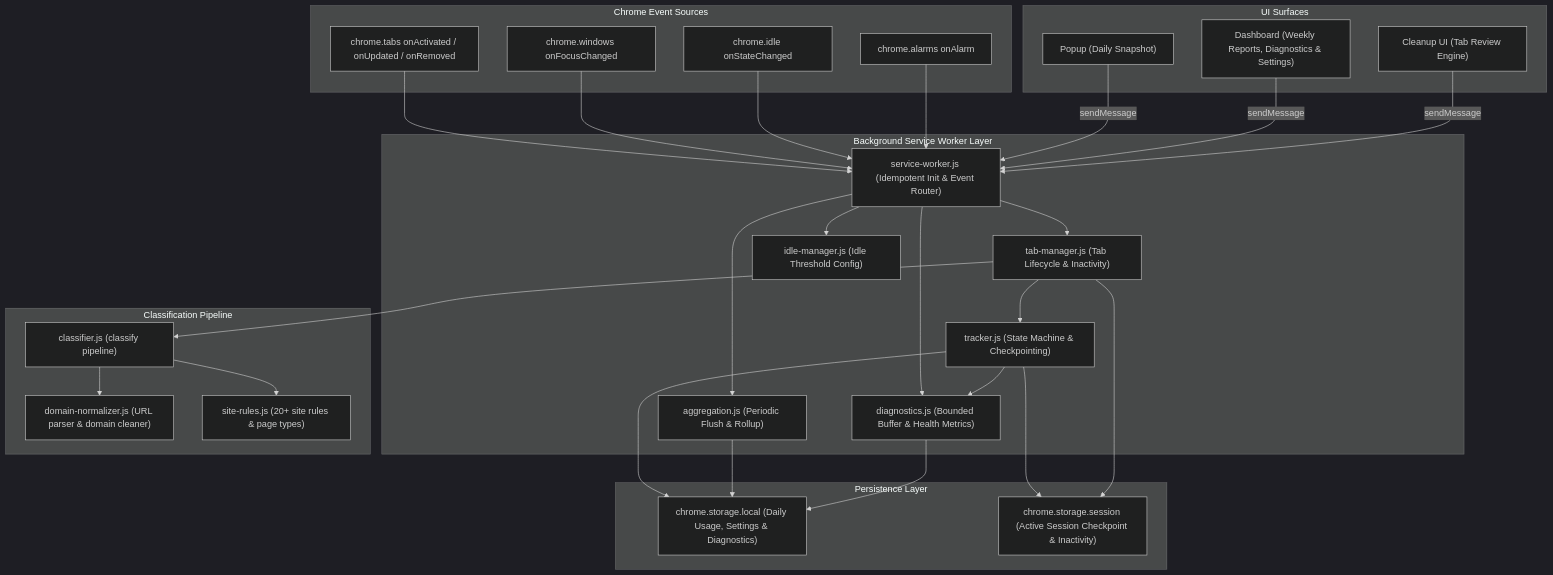
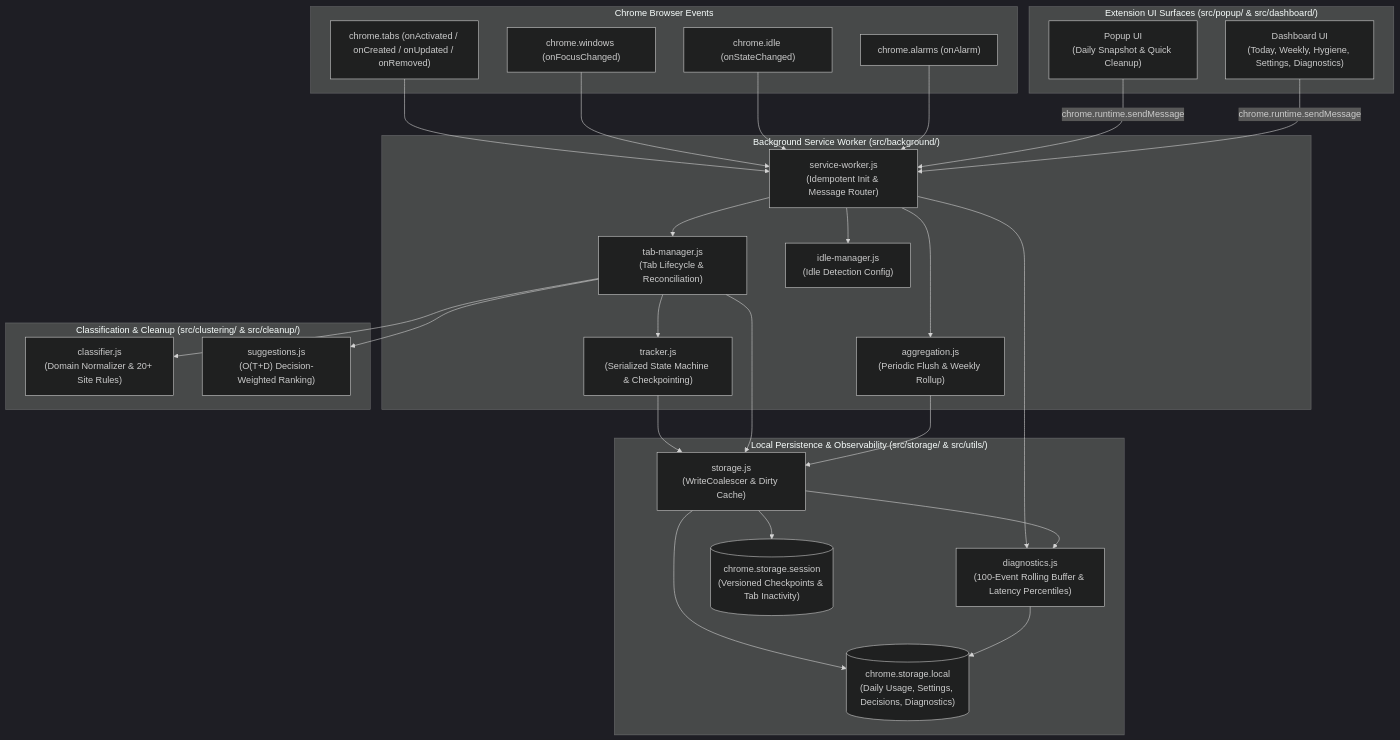
One commit to Bhavadharani412/Web-Usage-Tracker changed the first of 2 diagrams in README.md. Above: the diagram before and after it, drawn with Mermaid (dark theme). The commit also changed other lines of this file and 5 other files, not shown here.

Commit message:
fix(ci,docs): stabilize Playwright browser launch, socket cleanup, and refresh README

````diff
--- a/README.md
+++ b/README.md
@@ -166,61 +48,59 @@
 ```mermaid
-graph TD
-    subgraph BrowserEvents["Chrome Event Sources"]
-        BE_Tabs["chrome.tabs onActivated / onUpdated / onRemoved"]
-        BE_Win["chrome.windows onFocusChanged"]
-        BE_Idle["chrome.idle onStateChanged"]
-        BE_Alarm["chrome.alarms onAlarm"]
+flowchart TD
+    subgraph BrowserEvents["Chrome Browser Events"]
+        E_Tabs["chrome.tabs (onActivated / onCreated / onUpdated / onRemoved)"]
+        E_Win["chrome.windows (onFocusChanged)"]
+        E_Idle["chrome.idle (onStateChanged)"]
+        E_Alarm["chrome.alarms (onAlarm)"]
     end
 
-    subgraph ServiceWorkerLayer["Background Service Worker Layer"]
-        SW["service-worker.js (Idempotent Init & Event Router)"]
-        TM["tab-manager.js (Tab Lifecycle & Inactivity)"]
-        TR["tracker.js (State Machine & Checkpointing)"]
-        IM["idle-manager.js (Idle Threshold Config)"]
-        AG["aggregation.js (Periodic Flush & Rollup)"]
-        DIAG["diagnostics.js (Bounded Buffer & Health Metrics)"]
+    subgraph BackgroundLayer["Background Service Worker (src/background/)"]
+        SW["service-worker.js<br/>(Idempotent Init & Message Router)"]
+        TM["tab-manager.js<br/>(Tab Lifecycle & Reconciliation)"]
+        TR["tracker.js<br/>(Serialized State Machine & Checkpointing)"]
+        IM["idle-manager.js<br/>(Idle Detection Config)"]
+        AG["aggregation.js<br/>(Periodic Flush & Weekly Rollup)"]
     end
 
-    subgraph ClassificationLayer["Classification Pipeline"]
-        CL["classifier.js (classify pipeline)"]
-        DN["domain-normalizer.js (URL parser & domain cleaner)"]
-        SR["site-rules.js (20+ site rules & page types)"]
+    subgraph ClassificationLayer["Classification & Cleanup (src/clustering/ & src/cleanup/)"]
+        CL["classifier.js<br/>(Domain Normalizer & 20+ Site Rules)"]
+        SG["suggestions.js<br/>(O(T+D) Decision-Weighted Ranking)"]
     end
 
-    subgraph StorageLayer["Persistence Layer"]
-        ST_Local["chrome.storage.local (Daily Usage, Settings & Diagnostics)"]
-        ST_Session["chrome.storage.session (Active Session Checkpoint & Inactivity)"]
+    subgraph PersistenceLayer["Local Persistence & Observability (src/storage/ & src/utils/)"]
+        ST["storage.js<br/>(WriteCoalescer & Dirty Cache)"]
+        DIAG["diagnostics.js<br/>(100-Event Rolling Buffer & Latency Percentiles)"]
+        LOCAL[("chrome.storage.local<br/>(Daily Usage, Settings, Decisions, Diagnostics)")]
+        SESS[("chrome.storage.session<br/>(Versioned Checkpoints & Tab Inactivity)")]
     end
 
-    subgraph UILayer["UI Surfaces"]
-        POP["Popup (Daily Snapshot)"]
-        DASH["Dashboard (Weekly Reports, Diagnostics & Settings)"]
-        CLEAN["Cleanup UI (Tab Review Engine)"]
+    subgraph UILayer["Extension UI Surfaces (src/popup/ & src/dashboard/)"]
+        POP["Popup UI<br/>(Daily Snapshot & Quick Cleanup)"]
+        DASH["Dashboard UI<br/>(Today, Weekly, Hygiene, Settings, Diagnostics)"]
     end
 
-    BE_Tabs --> SW
-    BE_Win --> SW
-    BE_Idle --> SW
-    BE_Alarm --> SW
+    E_Tabs --> SW
+    E_Win --> SW
+    E_Idle --> SW
+    E_Alarm --> SW
 
     SW --> TM
     SW --> IM
     SW --> AG
     SW --> DIAG
 
     TM --> TR
     TM --> CL
-    CL --> DN
-    CL --> SR
+    TM --> SG
 
-    TR --> ST_Session
-    TR --> ST_Local
-    TR --> DIAG
-    TM --> ST_Session
-    AG --> ST_Local
-    DIAG --> ST_Local
+    TR --> ST
+    TM --> ST
+    AG --> ST
+    ST --> LOCAL
+    ST --> SESS
+    ST --> DIAG
+    DIAG --> LOCAL
 
-    POP -- "sendMessage" --> SW
-    DASH -- "sendMessage" --> SW
-    CLEAN -- "sendMessage" --> SW
+    POP -- "chrome.runtime.sendMessage" --> SW
+    DASH -- "chrome.runtime.sendMessage" --> SW
 ```
````
